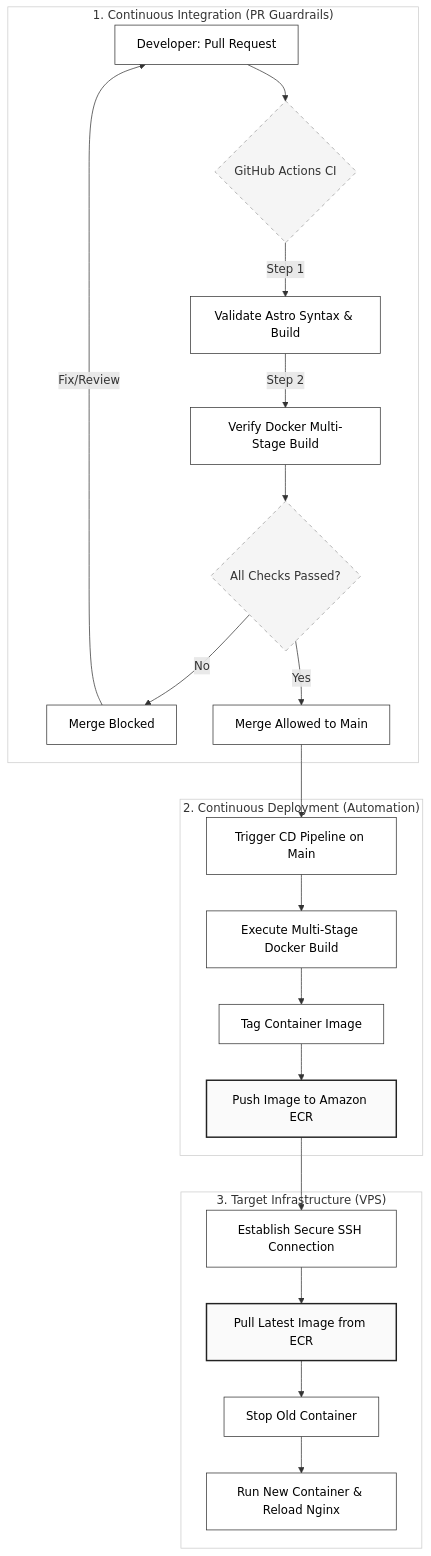
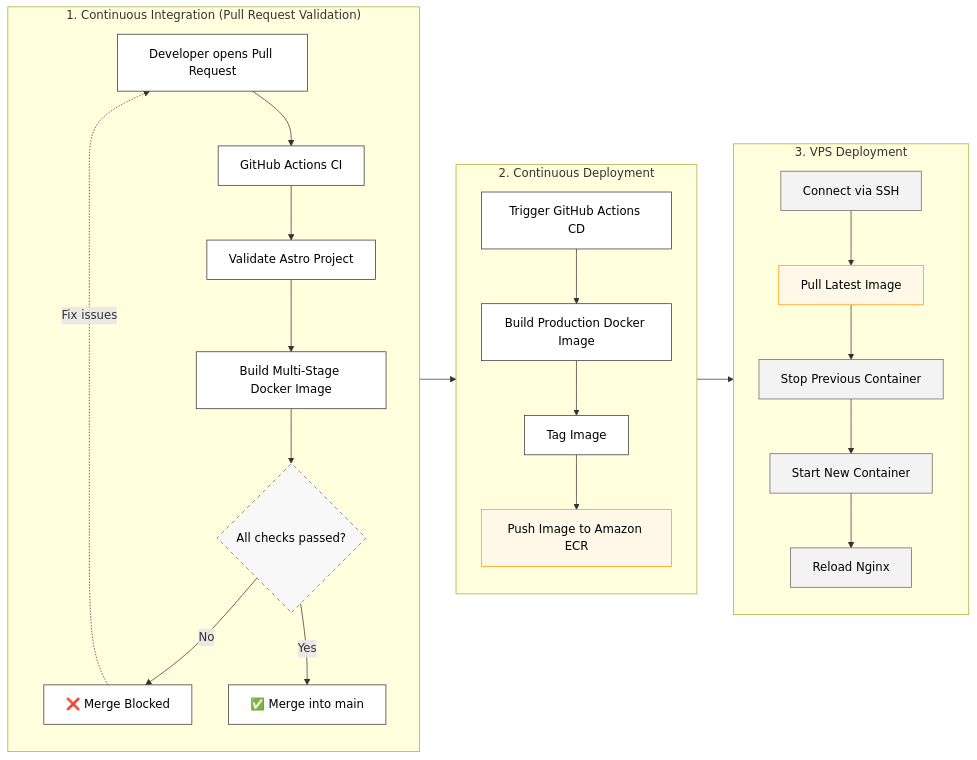
One commit to smol-ivan/smol-ivan-web changed the diagram in src/content/posts/from-postponing-for-plus-6-months-to-endure-the-pain.md. Above: the diagram before and after it, drawn with Mermaid. The commit also changed other lines of this file and 3 other files, not shown here.

````diff
--- a/src/content/posts/from-postponing-for-plus-6-months-to-endure-the-pain.md
+++ b/src/content/posts/from-postponing-for-plus-6-months-to-endure-the-pain.md
@@ -40,42 +71,93 @@
 ```mermaid
-graph TD
-    %% Estilos Generales Minimalistas
-    classDef default fill:#fff,stroke:#333,stroke-width:1px,color:#000;
-    classDef guardrail fill:#f5f5f5,stroke:#999,stroke-width:1px,stroke-dasharray: 5 5,color:#333;
-    classDef cloud fill:#fafafa,stroke:#222,stroke-width:2px,color:#000;
+flowchart LR
 
+%%========================
+%% Styles
+%%========================
+classDef default fill:#ffffff,stroke:#333,stroke-width:1px,color:#000;
+classDef decision fill:#f8f8f8,stroke:#666,stroke-width:1px,stroke-dasharray:5 5;
+classDef aws fill:#FFF8E8,stroke:#FF9900,stroke-width:1px;
+classDef infra fill:#F3F3F3,stroke:#666,stroke-width:1px;
 
-    %% Flujo 1: CI (Pull Request Guardrails)
-    subgraph CI ["1. Continuous Integration (PR Guardrails)"]
-        A[Developer: Pull Request] --> B{GitHub Actions CI}
-        B -->|Step 1| C[Validate Astro Syntax & Build]
-        C -->|Step 2| D[Verify Docker Multi-Stage Build]
-        D --> E{All Checks Passed?}
-        E -->|No| F[Merge Blocked]
-        E -->|Yes| G[Merge Allowed to Main]
-        F -->|Fix/Review| A
-    end
-    style CI fill:none,stroke:#ccc,stroke-width:1px
+%%========================
+%% CI
+%%========================
+subgraph CI["1. Continuous Integration (Pull Request Validation)"]
+direction TB
 
-    %% Flujo 2: CD (Build, ECR & Delivery)
-    subgraph CD ["2. Continuous Deployment (Automation)"]
-        G --> H[Trigger CD Pipeline on Main]
-        H --> I[Execute Multi-Stage Docker Build]
-        I --> J[Tag Container Image]
-        J --> K[Push Image to Amazon ECR]
-    end
-    style CD fill:none,stroke:#ccc,stroke-width:1px
+A[Developer opens Pull Request]
 
-    %% Flujo 3: VPS Update
-    subgraph VPS ["3. Target Infrastructure (VPS)"]
-        K --> L[Establish Secure SSH Connection]
-        L --> M[Pull Latest Image from ECR]
-        M --> N[Stop Old Container]
-        N --> O[Run New Container & Reload Nginx]
-    end
-    style VPS fill:none,stroke:#ccc,stroke-width:1px
+B[GitHub Actions CI]
 
-    %% Asignación de estilos
-    class B,E guardrail;
-    class K,M cloud;
+C[Validate Astro Project]
+
+D[Build Multi-Stage Docker Image]
+
+E{All checks passed?}
+
+F[❌ Merge Blocked]
+
+G[✅ Merge into main]
+
+A --> B
+B --> C
+C --> D
+D --> E
+E -->|No| F
+F -. Fix issues .-> A
+E -->|Yes| G
+
+end
+
+%%========================
+%% CD
+%%========================
+subgraph CD["2. Continuous Deployment"]
+direction TB
+
+H[Trigger GitHub Actions CD]
+
+I[Build Production Docker Image]
+
+J[Tag Image]
+
+K[Push Image to Amazon ECR]
+
+G --> H
+H --> I
+I --> J
+J --> K
+
+end
+
+%%========================
+%% VPS
+%%========================
+subgraph DEPLOY["3. VPS Deployment"]
+direction TB
+
+L[Connect via SSH]
+
+M[Pull Latest Image]
+
+N[Stop Previous Container]
+
+O[Start New Container]
+
+P[Reload Nginx]
+
+K --> L
+L --> M
+M --> N
+N --> O
+O --> P
+
+end
+
+%%========================
+%% Styles
+%%========================
+class E decision;
+class K,M aws;
+class L,N,O,P infra;
 ```
````
